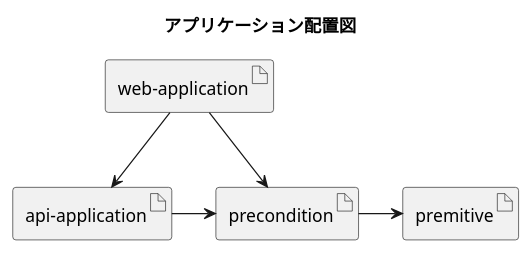
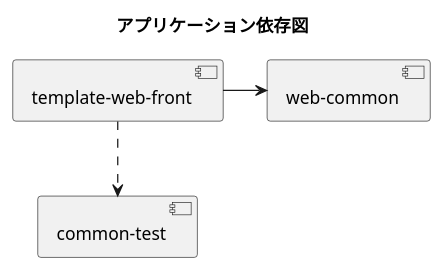
One commit to mizo432/project-template changed the second of 2 diagrams in README.md. Above: the diagram before and after it, drawn with PlantUML. The commit also changed other lines of this file and 42 other files, not shown here.

````diff
--- a/README.md
+++ b/README.md
@@ -60,15 +75,12 @@
 ```puml
 @startuml
-title アプリケーション配置図
-artifact "web-application" as webApplication
-artifact "api-application" as apiApplication
-artifact precondition
-artifact premitive
+title アプリケーション依存図
+component "template-web-front" as application
+component "web-common" as web
+component "common-test" as test
 
-webApplication --> apiApplication
-webApplication -> precondition
-apiApplication -> precondition
-precondition -> premitive
+application -> web
+application ..> test
 
 @enduml
 ```
````
